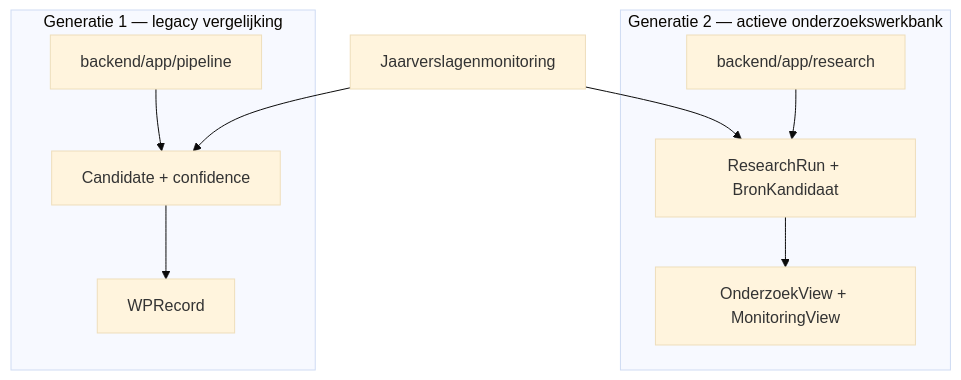
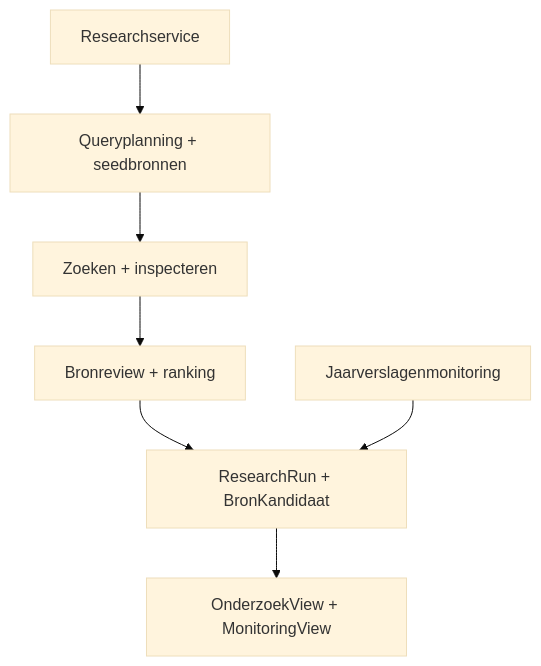
The second of 10 diagrams in README.md (arryaetil/KYC4etil), drawn with Mermaid (base theme) before and after one commit. The commit also changed other lines of this file, not shown here.

Commit message:
docs: focus README on active research flow

````diff
--- a/README.md
+++ b/README.md
@@ -38,15 +38,9 @@
 ```mermaid
 flowchart TB
-    subgraph G2["Generatie 2 — actieve onderzoekswerkbank"]
-        R["backend/app/research"] --> BK["ResearchRun + BronKandidaat"]
-        BK --> UI["OnderzoekView + MonitoringView"]
-    end
-
-    subgraph G1["Generatie 1 — legacy vergelijking"]
-        P["backend/app/pipeline"] --> C["Candidate + confidence"]
-        C --> W["WPRecord"]
-    end
-
+    R["Researchservice"] --> Q["Queryplanning + seedbronnen"]
+    Q --> S["Zoeken + inspecteren"]
+    S --> V["Bronreview + ranking"]
+    V --> BK["ResearchRun + BronKandidaat"]
     M["Jaarverslagenmonitoring"] --> BK
-    M --> C
+    BK --> UI["OnderzoekView + MonitoringView"]
 ```
````
